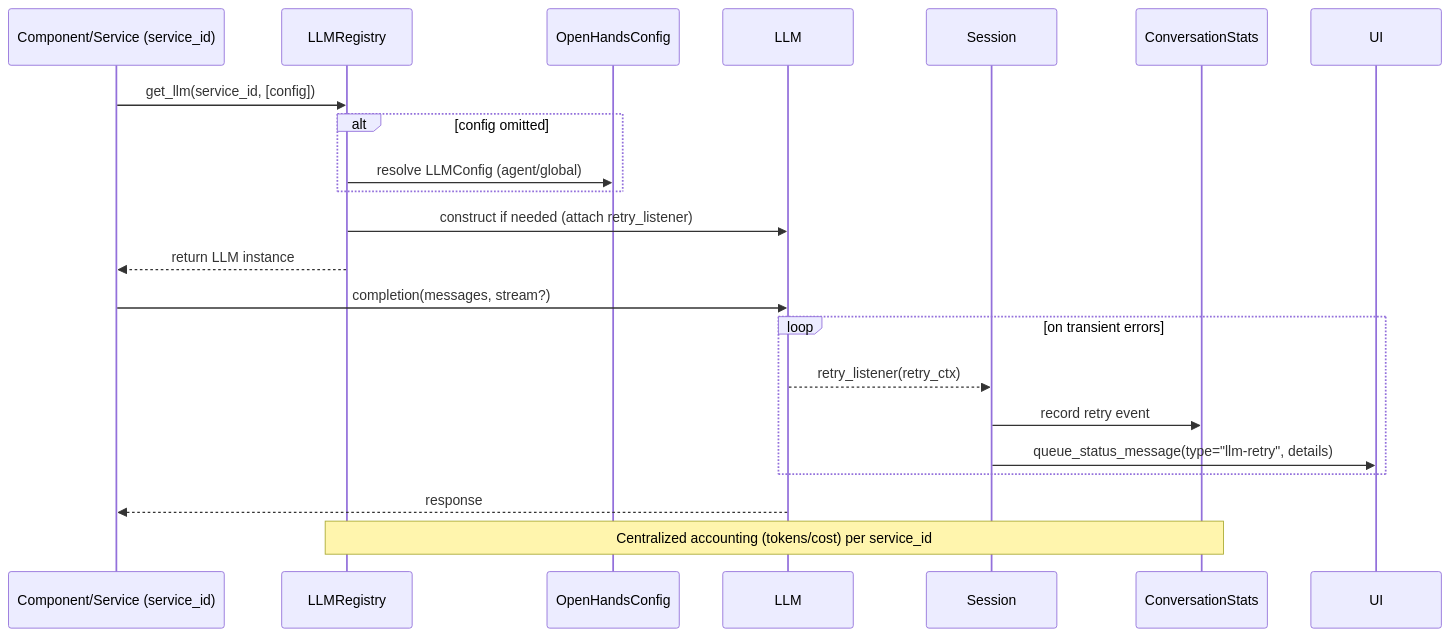
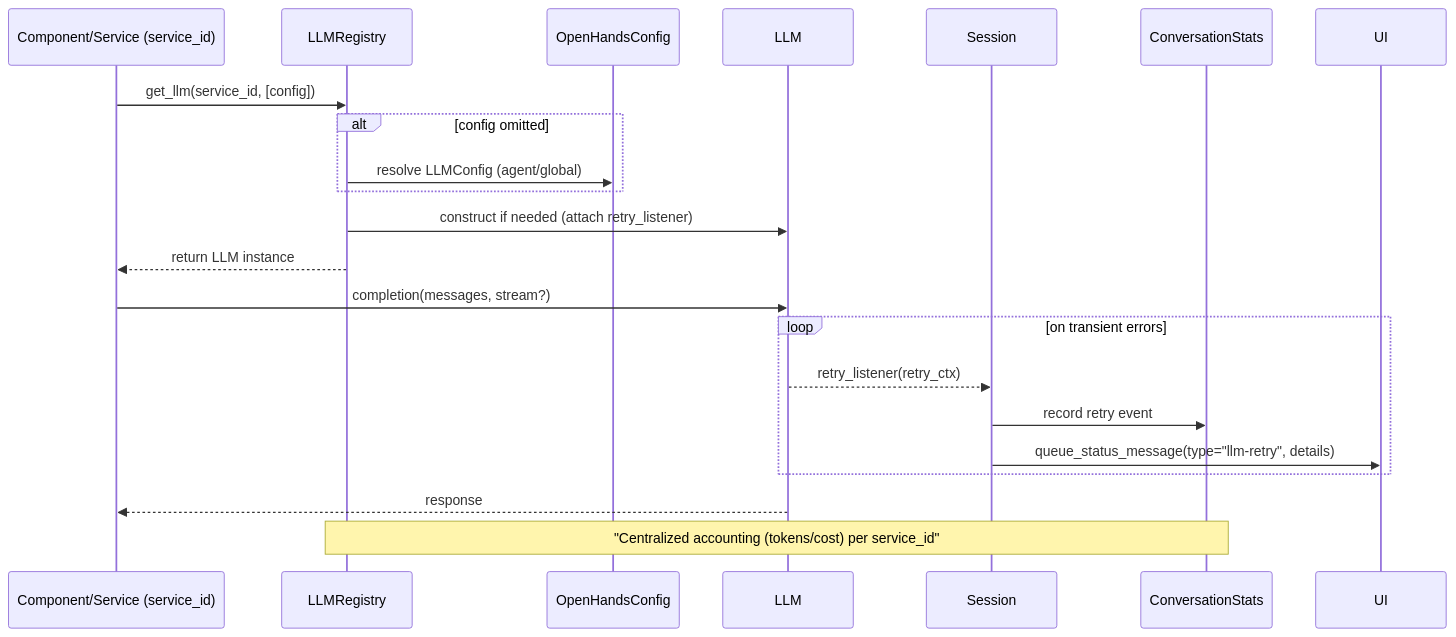
The fourth of 5 diagrams in docs/usage/architecture/backend.mdx (All-Hands-AI/OpenHands), drawn with Mermaid before and after one commit. The commit also changed other lines of this file, not shown here.

Commit message:
docs: fix Mermaid syntax for MDX/GitHub compatibility (map type + Note quoting)\n\nCo-authored-by: OpenHands-GPT-5 openhands@all-hands.dev

````diff
--- a/docs/usage/architecture/backend.mdx
+++ b/docs/usage/architecture/backend.mdx
@@ -176,25 +176,25 @@
 ```mermaid
 sequenceDiagram
   participant Service as Component/Service (service_id)
   participant Registry as LLMRegistry
   participant Config as OpenHandsConfig
   participant LLM as LLM
   participant Session as Session
   participant Stats as ConversationStats
 
   Service->>Registry: get_llm(service_id, [config])
   alt config omitted
     Registry->>Config: resolve LLMConfig (agent/global)
   end
   Registry->>LLM: construct if needed (attach retry_listener)
   Registry-->>Service: return LLM instance
 
   Service->>LLM: completion(messages, stream?)
   loop on transient errors
     LLM-->>Session: retry_listener(retry_ctx)
     Session->>Stats: record retry event
     Session->>UI: queue_status_message(type="llm-retry", details)
   end
   LLM-->>Service: response
-  Note over Registry,Stats: Centralized accounting (tokens/cost) per service_id
+  Note over Registry,Stats: "Centralized accounting (tokens/cost) per service_id"
 ```
````
